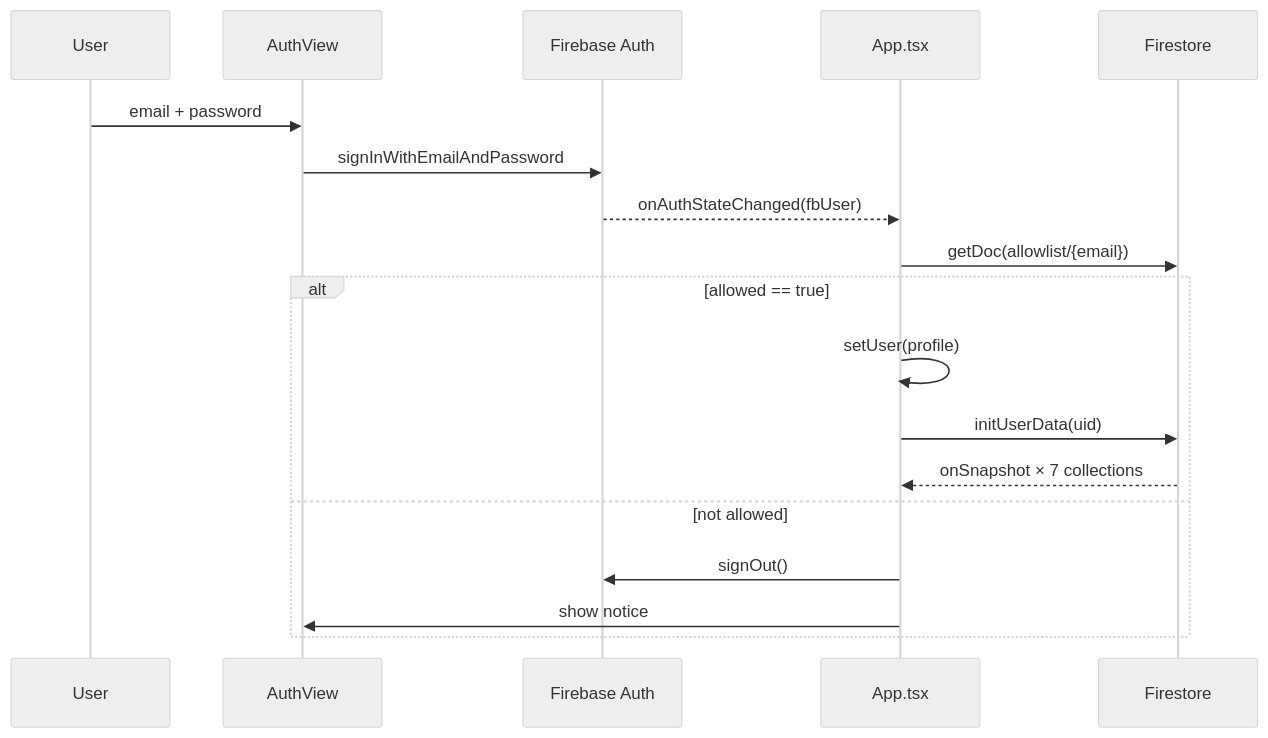
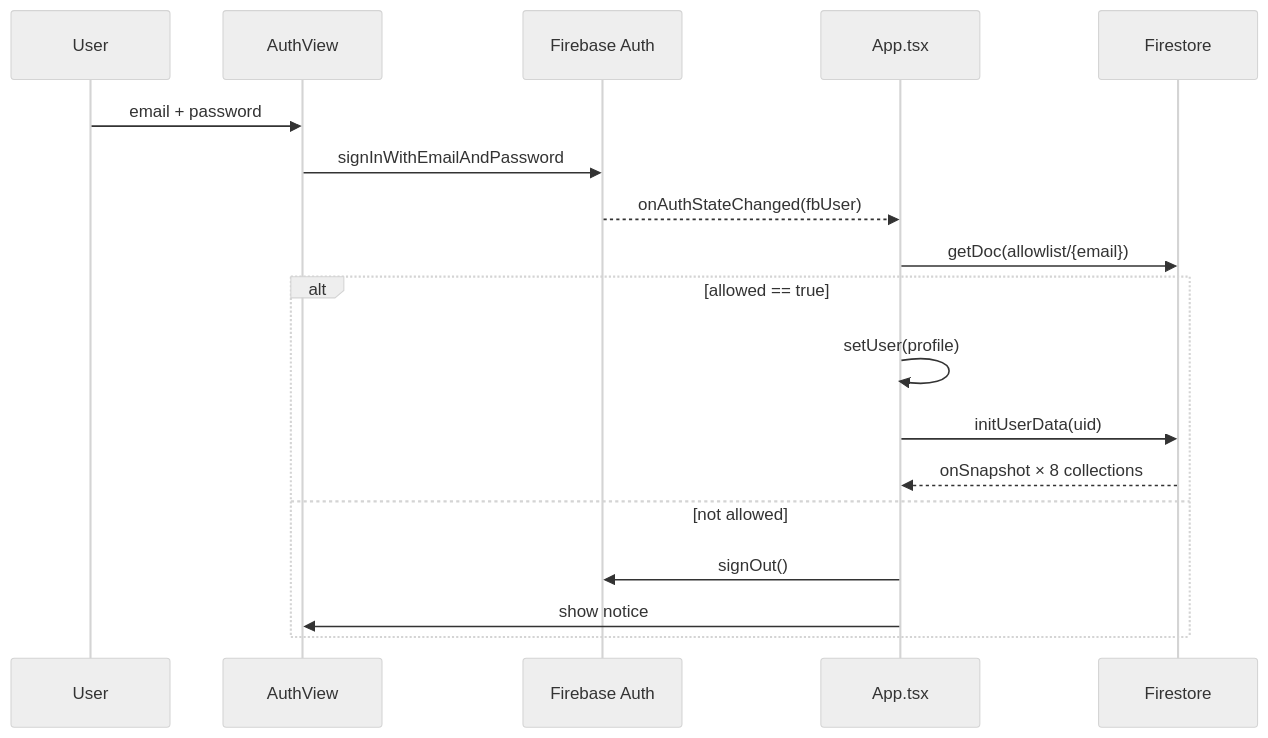
Before and after one commit to kalmux1/Kalcy: the third of 10 diagrams in README.md, drawn with Mermaid (neutral theme). The commit also changed other lines of this file, not shown here.

````diff
--- a/README.md
+++ b/README.md
@@ -429,21 +468,21 @@
 ```mermaid
 sequenceDiagram
     participant U as User
     participant AV as AuthView
     participant FA as Firebase Auth
     participant App as App.tsx
     participant FS as Firestore
 
     U->>AV: email + password
     AV->>FA: signInWithEmailAndPassword
     FA-->>App: onAuthStateChanged(fbUser)
     App->>FS: getDoc(allowlist/{email})
     alt allowed == true
         App->>App: setUser(profile)
         App->>FS: initUserData(uid)
-        FS-->>App: onSnapshot × 7 collections
+        FS-->>App: onSnapshot × 8 collections
     else not allowed
         App->>FA: signOut()
         App->>AV: show notice
     end
 ```
````
